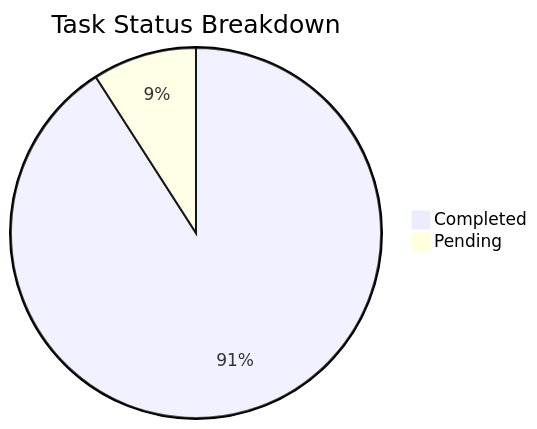
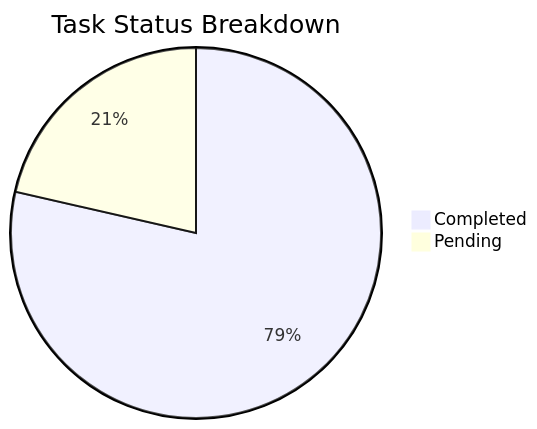
The first of 2 diagrams in Sanchay/Analytics.md (sagarms97/MyWorkDairy), drawn with Mermaid before and after one commit. The commit also changed other lines of this file and 5 other files, not shown here.

````diff
--- a/Sanchay/Analytics.md
+++ b/Sanchay/Analytics.md
@@ -12,5 +12,5 @@
 ```mermaid
 pie title Task Status Breakdown
-    "Completed" : 10
-    "Pending" : 1
+    "Completed" : 11
+    "Pending" : 3
 ```
````
